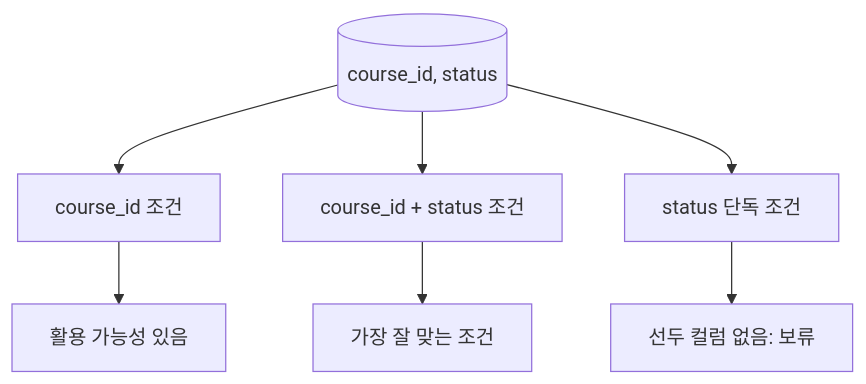
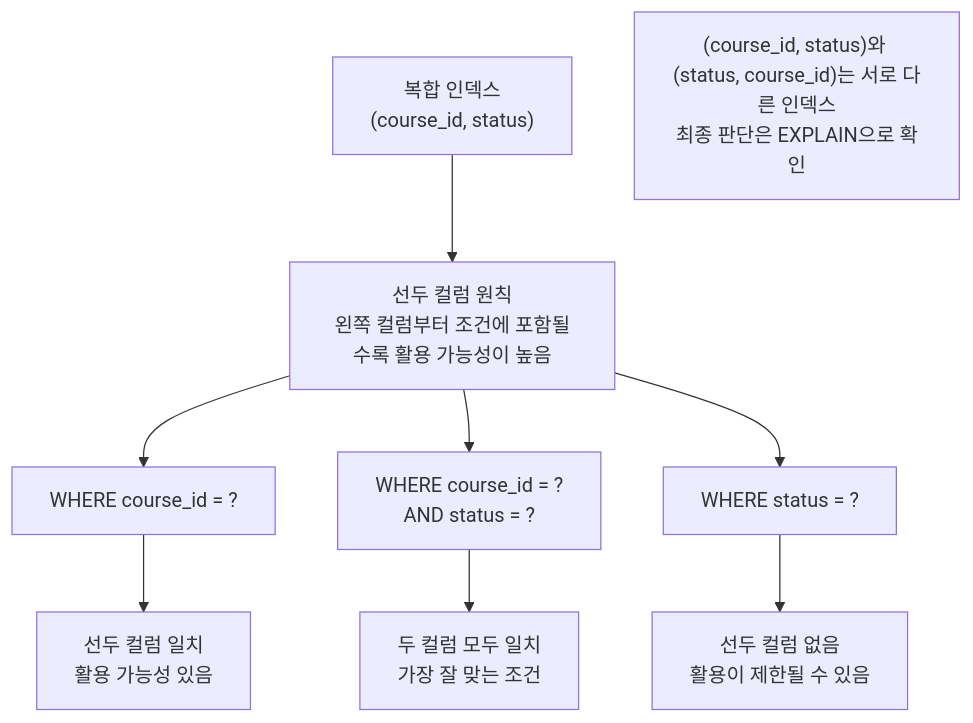
One commit to GilbertMoon/ai-database-book changed the diagram in images/chapter10/ch10_06_composite_index_order.mmd. Above: the diagram before and after it, drawn with Mermaid.

Commit message:
Clarify composite index order diagram

```diff
--- a/images/chapter10/ch10_06_composite_index_order.mmd
+++ b/images/chapter10/ch10_06_composite_index_order.mmd
@@ -1,7 +1,13 @@
 flowchart TB
-    A[(course_id, status)] --> B[course_id 조건]
-    A --> C[course_id + status 조건]
-    A --> D[status 단독 조건]
-    B --> E[활용 가능성 있음]
-    C --> F[가장 잘 맞는 조건]
-    D --> G[선두 컬럼 없음: 보류]
+    A["복합 인덱스<br/>(course_id, status)"] --> P["선두 컬럼 원칙<br/>왼쪽 컬럼부터 조건에 포함될수록 활용 가능성이 높음"]
+
+    P --> B["WHERE course_id = ?"]
+    B --> B2["선두 컬럼 일치<br/>활용 가능성 있음"]
+
+    P --> C["WHERE course_id = ?<br/>AND status = ?"]
+    C --> C2["두 컬럼 모두 일치<br/>가장 잘 맞는 조건"]
+
+    P --> D["WHERE status = ?"]
+    D --> D2["선두 컬럼 없음<br/>활용이 제한될 수 있음"]
+
+    N["(course_id, status)와 (status, course_id)는 서로 다른 인덱스<br/>최종 판단은 EXPLAIN으로 확인"]
```
